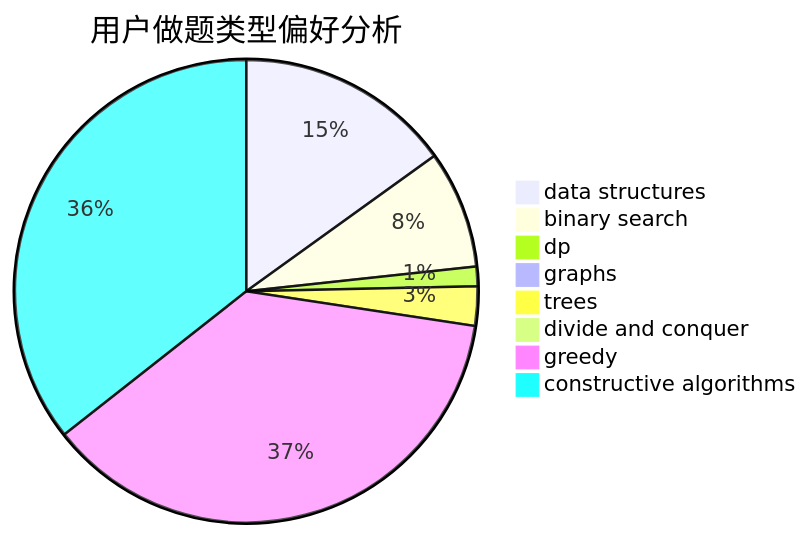
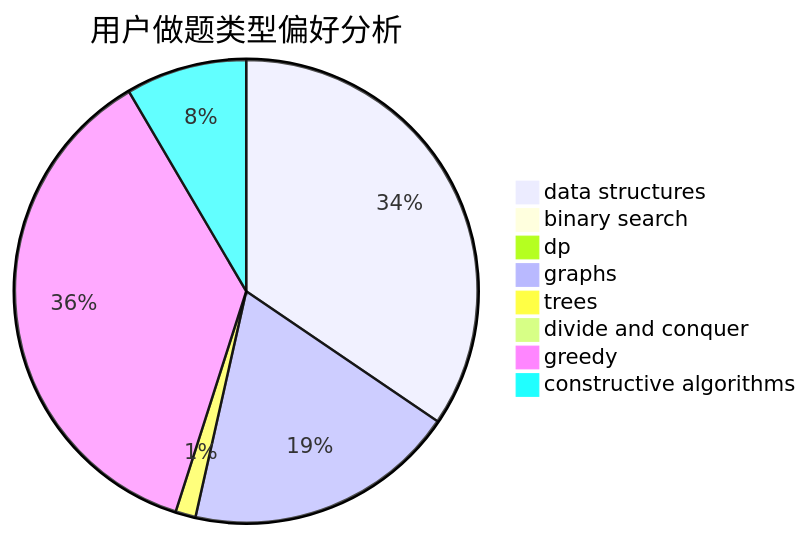
Before and after one commit to sherpahu/cfrs.github.io: the second of 3 diagrams in docs/user/u2287.md, drawn with Mermaid. The commit also changed other lines of this file and 2770 other files, not shown here.

````diff
--- a/docs/user/u2287.md
+++ b/docs/user/u2287.md
@@ -23,11 +23,11 @@
 ```mermaid
 pie title 用户做题类型偏好分析
-    "data structures" :  11
-    "binary search" :  6
-    "dp" :  1
-    "graphs" :  0
+    "data structures" :  49
+    "binary search" :  1
+    "dp" :  0
+    "graphs" :  27
     "trees" :  2
     "divide and conquer" :  0
-    "greedy" :  27
-    "constructive algorithms" :  26
+    "greedy" :  52
+    "constructive algorithms" :  12
 ```
````
